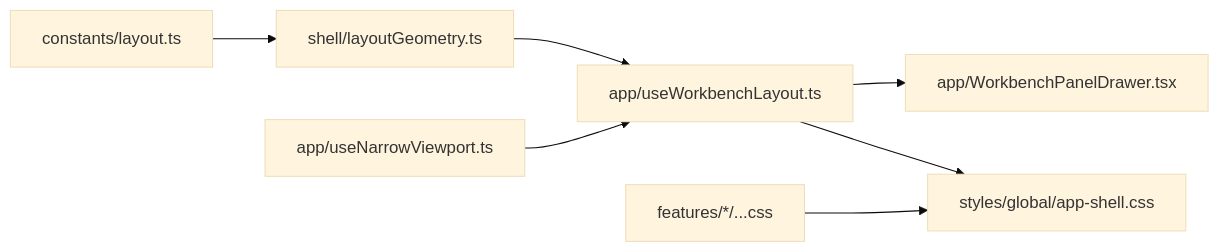
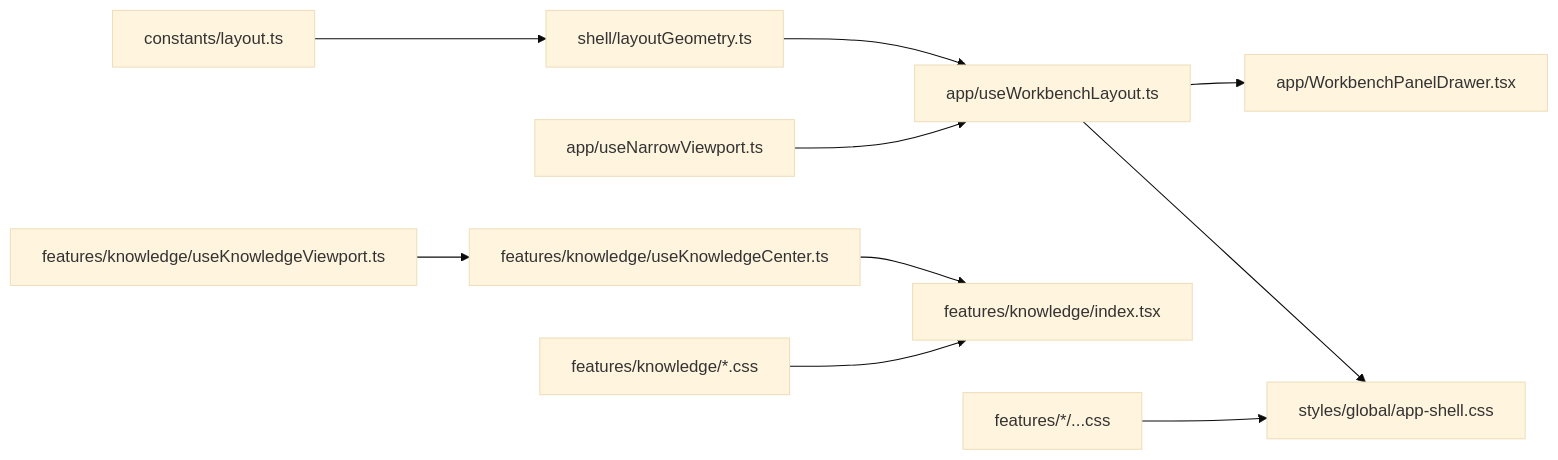
Before and after one commit to haolange/RDC-Agent: the fourth of 4 diagrams in .qoder/repowiki/zh/content/架构设计/渲染器架构/UI 特性/响应式设计.md, drawn with Mermaid (base theme). The commit also changed other lines of this file and 85 other files, not shown here.

````diff
--- a/.qoder/repowiki/zh/content/架构设计/渲染器架构/UI 特性/响应式设计.md
+++ b/.qoder/repowiki/zh/content/架构设计/渲染器架构/UI 特性/响应式设计.md
@@ -228,9 +269,12 @@
 ```mermaid
 graph LR
 Constants["constants/layout.ts"] --> Geometry["shell/layoutGeometry.ts"]
 Geometry --> LayoutHook["app/useWorkbenchLayout.ts"]
 Narrow["app/useNarrowViewport.ts"] --> LayoutHook
+KnowledgeViewport["features/knowledge/useKnowledgeViewport.ts"] --> KnowledgeCenter["features/knowledge/useKnowledgeCenter.ts"]
+KnowledgeCenter --> Modal["features/knowledge/index.tsx"]
 LayoutHook --> Drawer["app/WorkbenchPanelDrawer.tsx"]
 LayoutHook --> Styles["styles/global/app-shell.css"]
 Features["features/*/...css"] --> Styles
+KnowledgeStyles["features/knowledge/*.css"] --> Modal
 ```
````
